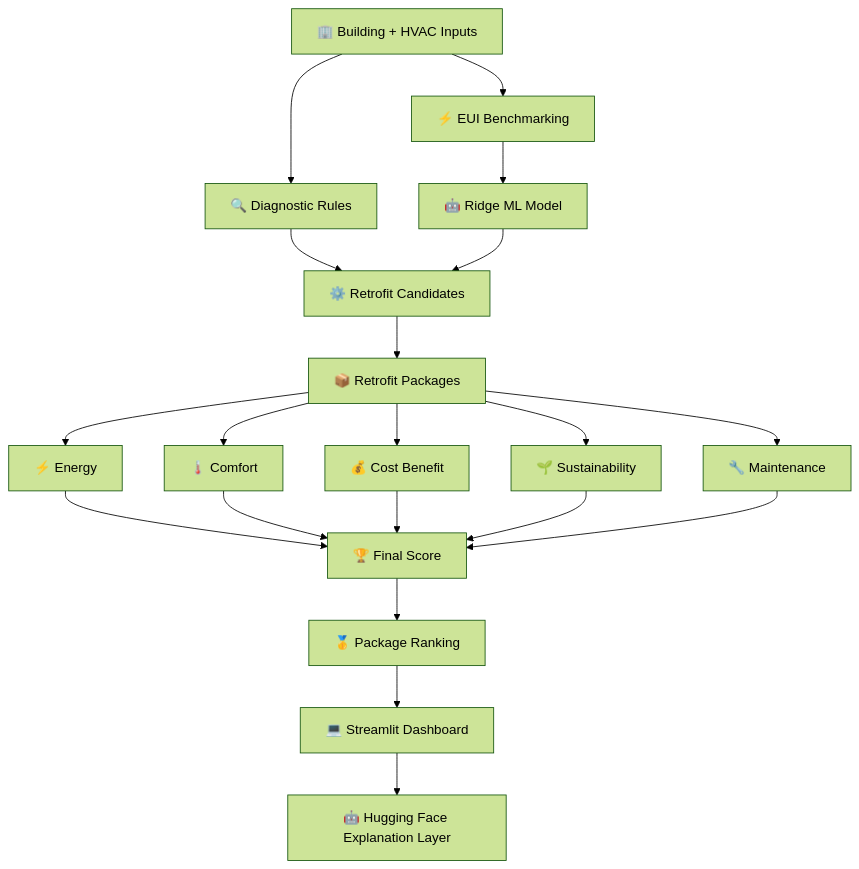
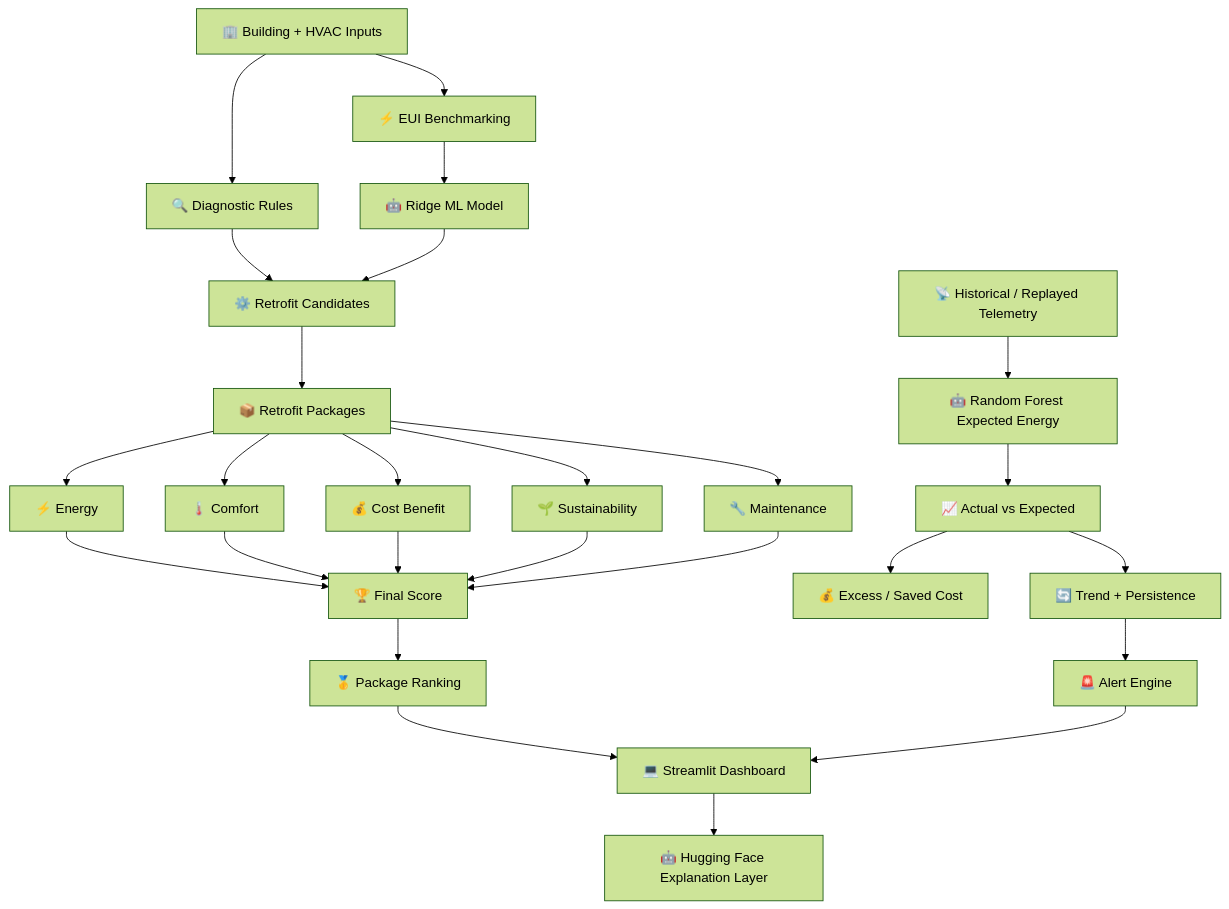
One commit to an4848/Retrofit changed the diagram in README.md. Above: the diagram before and after it, drawn with Mermaid (forest theme). The commit also changed other lines of this file, not shown here.

````diff
--- a/README.md
+++ b/README.md
@@ -601,33 +788,41 @@
 ```mermaid
 flowchart TD
 
     INPUT["🏢 Building + HVAC Inputs"]
 
     INPUT --> DIAG["🔍 Diagnostic Rules"]
     INPUT --> EUI["⚡ EUI Benchmarking"]
 
     EUI --> ML["🤖 Ridge ML Model"]
 
     DIAG --> CANDIDATES["⚙️ Retrofit Candidates"]
     ML --> CANDIDATES
 
     CANDIDATES --> PACKAGES["📦 Retrofit Packages"]
 
     PACKAGES --> ENERGY["⚡ Energy"]
     PACKAGES --> COMFORT["🌡️ Comfort"]
     PACKAGES --> COST["💰 Cost Benefit"]
     PACKAGES --> SUSTAIN["🌱 Sustainability"]
     PACKAGES --> MAINT["🔧 Maintenance"]
 
     ENERGY --> SCORE["🏆 Final Score"]
     COMFORT --> SCORE
     COST --> SCORE
     SUSTAIN --> SCORE
     MAINT --> SCORE
 
     SCORE --> RANK["🥇 Package Ranking"]
 
     RANK --> DASH["💻 Streamlit Dashboard"]
 
     DASH --> AI["🤖 Hugging Face Explanation Layer"]
+
+    TELEMETRY["📡 Historical / Replayed Telemetry"]
+    TELEMETRY --> MONITOR["🤖 Random Forest Expected Energy"]
+    MONITOR --> DEVIATION["📈 Actual vs Expected"]
+    DEVIATION --> COSTMON["💰 Excess / Saved Cost"]
+    DEVIATION --> TREND["🔄 Trend + Persistence"]
+    TREND --> ALERT["🚨 Alert Engine"]
+    ALERT --> DASH
 ```
````
